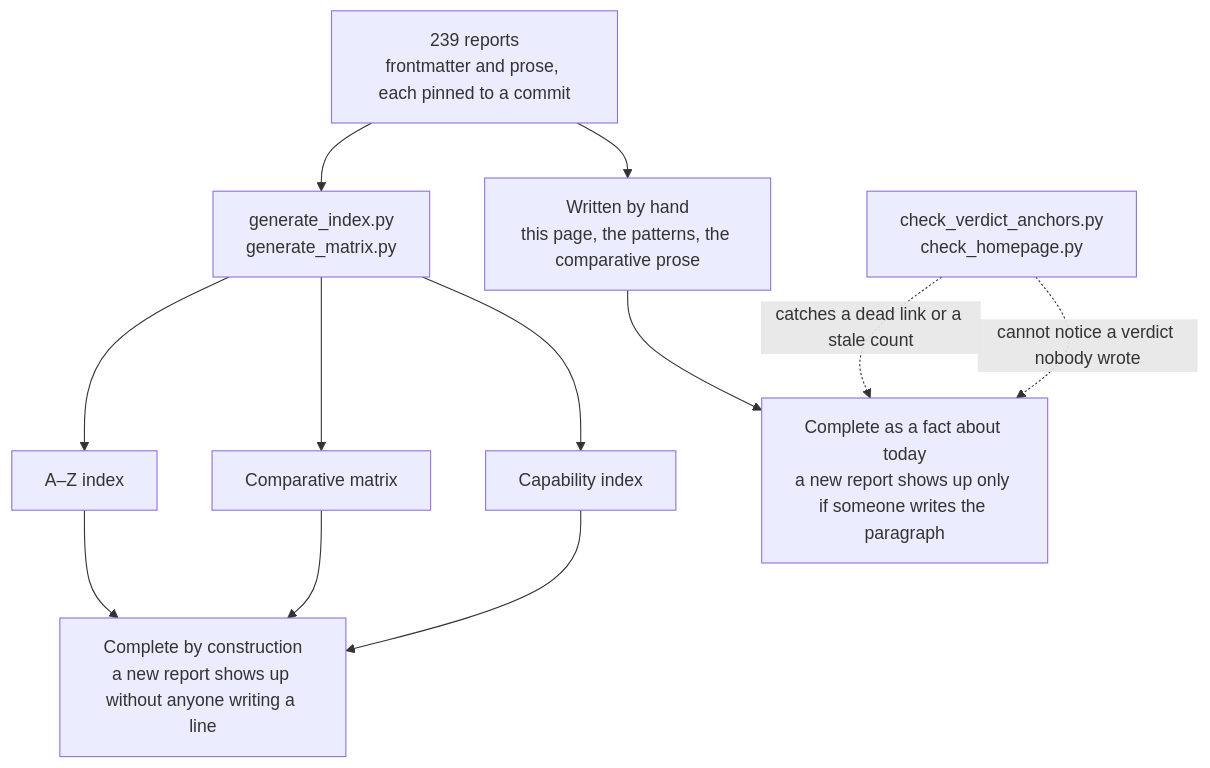
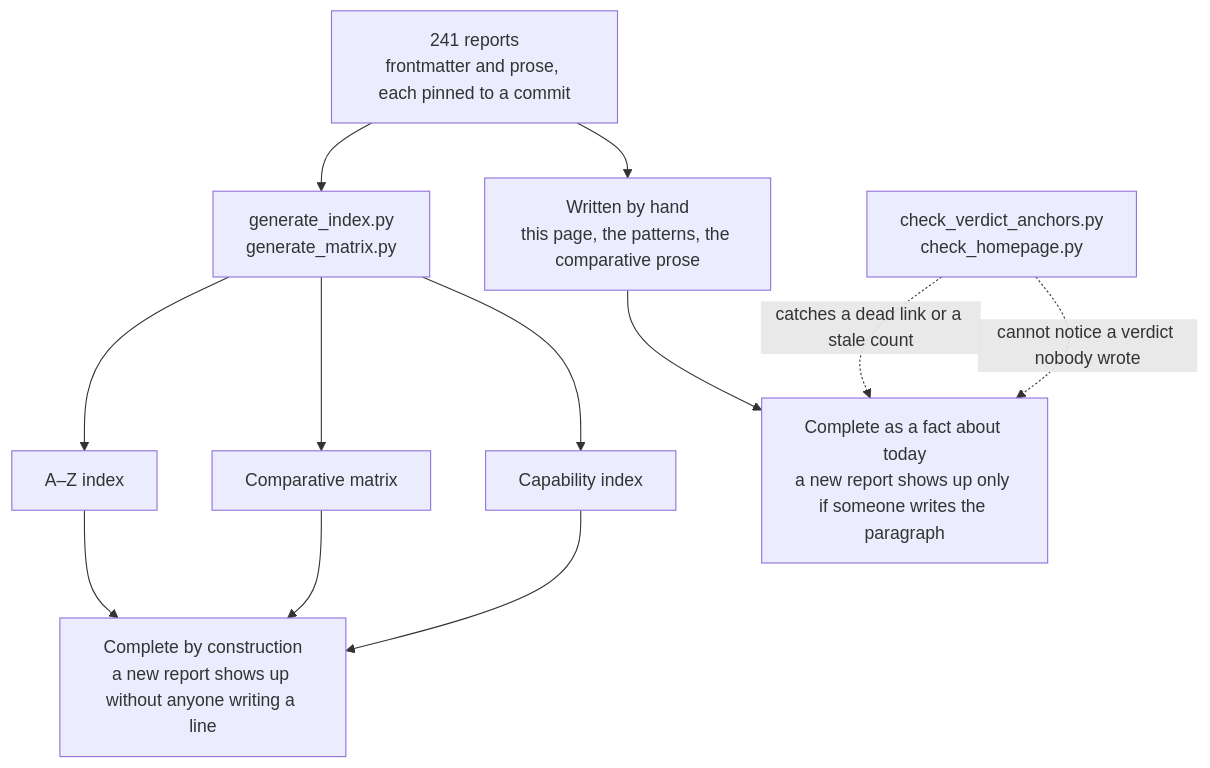
One commit to neoneye/agent-memory-atlas changed the diagram in content/verdicts.md. Above: the diagram before and after it, drawn with Mermaid. The commit also changed other lines of this file and 31 other files, not shown here.

````diff
--- a/content/verdicts.md
+++ b/content/verdicts.md
@@ -40,15 +40,15 @@
 ```mermaid
 flowchart TD
-    R["239 reports<br/>frontmatter and prose, each pinned to a commit"]
+    R["241 reports<br/>frontmatter and prose, each pinned to a commit"]
     R --> GEN["generate_index.py<br/>generate_matrix.py"]
     R --> HAND["Written by hand<br/>this page, the patterns, the comparative prose"]
     GEN --> AZ["A–Z index"]
     GEN --> MX["Comparative matrix"]
     GEN --> CI["Capability index"]
     AZ --> CONST["Complete by construction<br/>a new report shows up without anyone writing a line"]
     MX --> CONST
     CI --> CONST
     HAND --> TODAY["Complete as a fact about today<br/>a new report shows up only if someone writes the paragraph"]
     CHK["check_verdict_anchors.py<br/>check_homepage.py"] -.->|"catches a dead link or a stale count"| TODAY
     CHK -.->|"cannot notice a verdict nobody wrote"| TODAY
 ```
````
